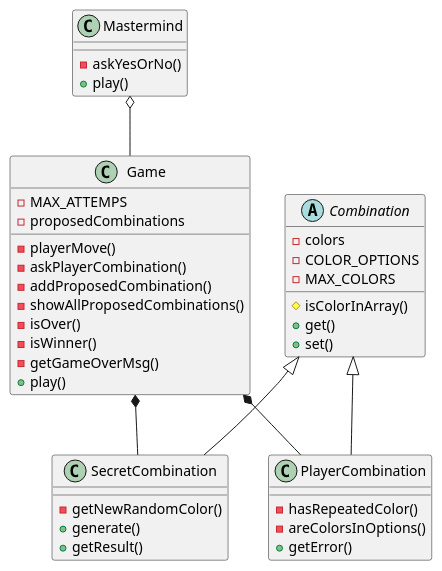
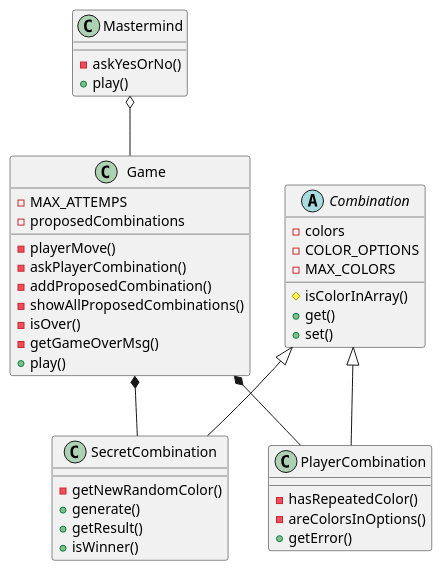
One commit to CheDosMistos/kung-fu changed the diagram in Javascript/006.Mastermind/docs/domain-model.plantUML. Above: the diagram before and after it, drawn with PlantUML. The commit also changed 1 other file, not shown here.

Commit message:
Change responsability for the function isWinner

```diff
--- a/Javascript/006.Mastermind/docs/domain-model.plantUML
+++ b/Javascript/006.Mastermind/docs/domain-model.plantUML
@@ -1,41 +1,41 @@
 @startuml
 class Mastermind {
     -askYesOrNo()
     +play()
 }
 class Game{
     -MAX_ATTEMPS
     -proposedCombinations
     -playerMove()
     -askPlayerCombination()
     -addProposedCombination()
     -showAllProposedCombinations()
     -isOver()
-    -isWinner()
     -getGameOverMsg()
     +play()
 }
 abstract Combination{
     -colors
     -COLOR_OPTIONS
     -MAX_COLORS
     #isColorInArray()
     +get()
     +set()
 }
 class SecretCombination{
     -getNewRandomColor()
     +generate()
     +getResult()
+    +isWinner()
 }
 class PlayerCombination{
     -hasRepeatedColor()
     -areColorsInOptions()
     +getError()
 }
 Mastermind o-- Game
 Game *-- SecretCombination
 Game *-- PlayerCombination
 Combination <|-- SecretCombination
 Combination <|-- PlayerCombination
 @enduml
```
